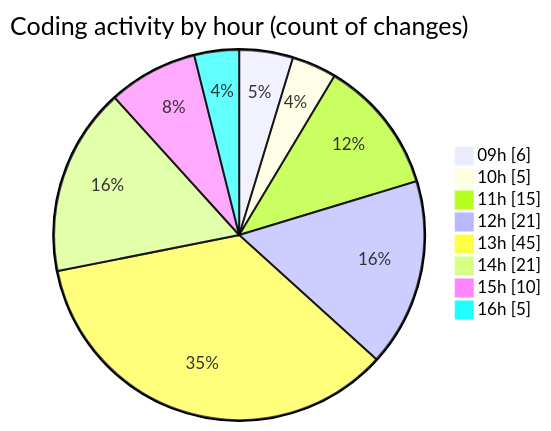
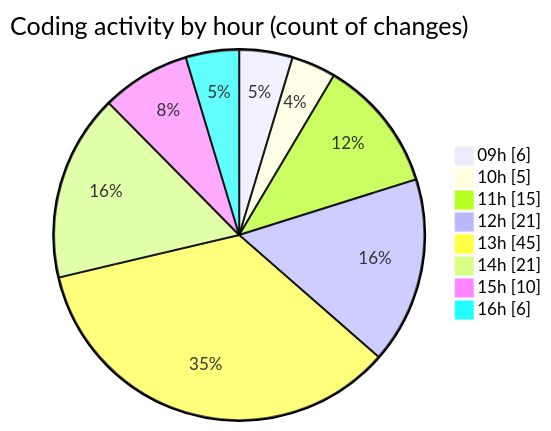
Before and after one commit to momahboobian/code-tracking: the second of 2 diagrams in 2025-10-02/cda/README.md, drawn with Mermaid. The commit also changed other lines of this file and 1 other file, not shown here.

````diff
--- a/2025-10-02/cda/README.md
+++ b/2025-10-02/cda/README.md
@@ -40,12 +40,12 @@
 ```mermaid
 pie showData
 title Coding activity by hour (count of changes)
 "09h" : 6
 "10h" : 5
 "11h" : 15
 "12h" : 21
 "13h" : 45
 "14h" : 21
 "15h" : 10
-"16h" : 5
+"16h" : 6
 ```
````
